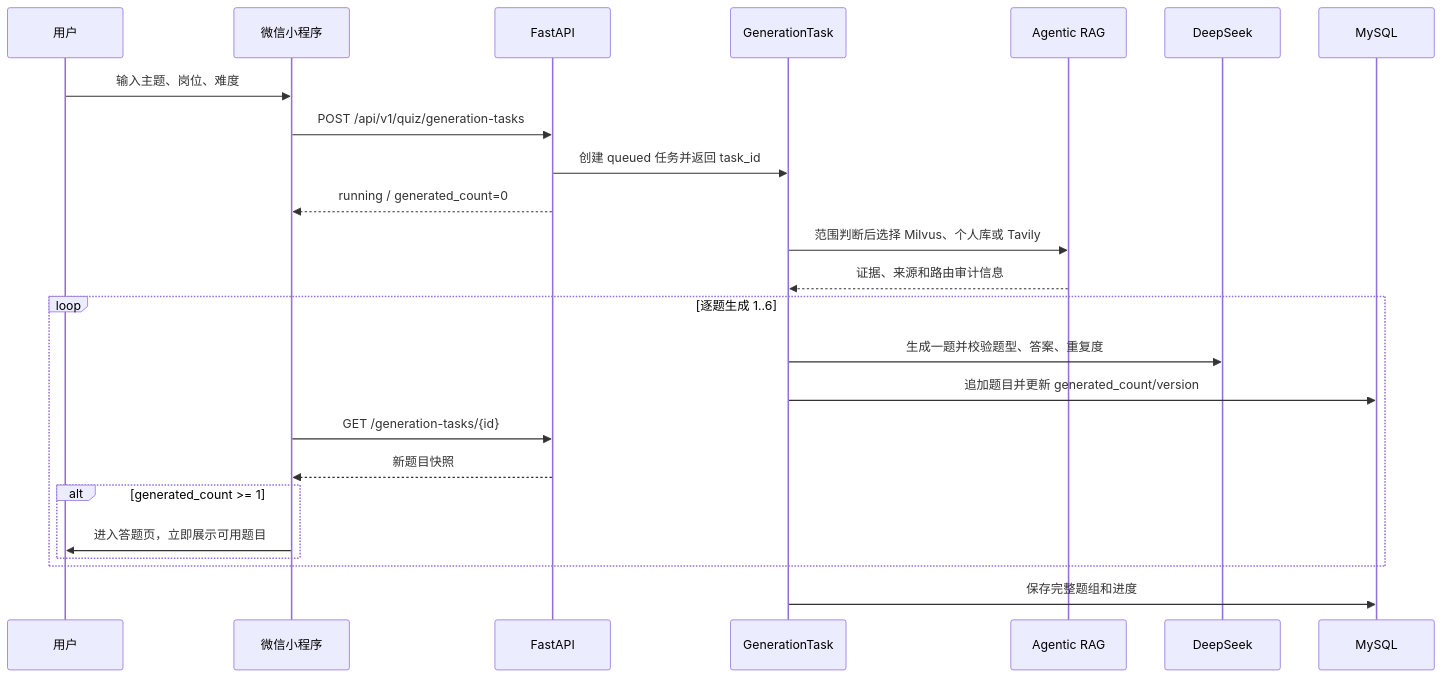
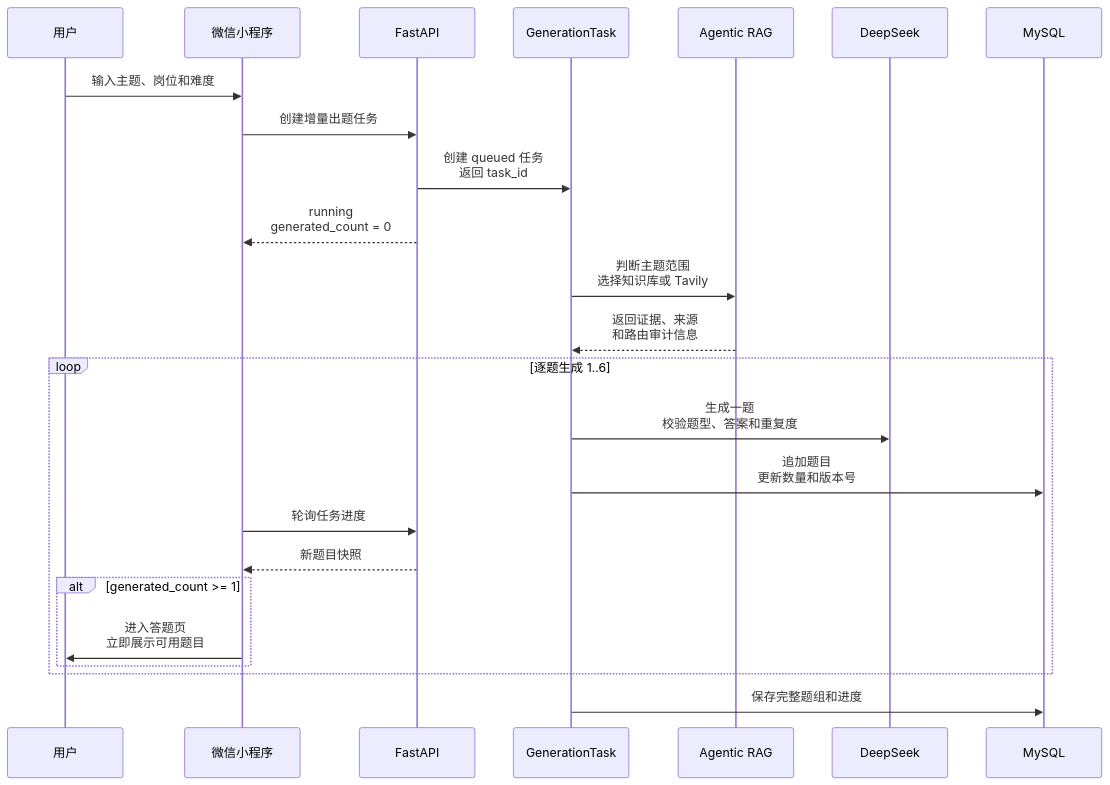
One commit to YXCZS/EasyOffer changed the second of 4 diagrams in README.md. Above: the diagram before and after it, drawn with Mermaid. The commit also changed other lines of this file, not shown here.

First line of the commit message:
优化README流程图展示效果

````diff
--- a/README.md
+++ b/README.md
@@ -110,27 +110,27 @@
 ```mermaid
 sequenceDiagram
     participant U as 用户
     participant W as 微信小程序
     participant A as FastAPI
     participant T as GenerationTask
     participant R as Agentic RAG
     participant M as DeepSeek
     participant DB as MySQL
 
-    U->>W: 输入主题、岗位、难度
-    W->>A: POST /api/v1/quiz/generation-tasks
-    A->>T: 创建 queued 任务并返回 task_id
-    A-->>W: running / generated_count=0
-    T->>R: 范围判断后选择 Milvus、个人库或 Tavily
-    R-->>T: 证据、来源和路由审计信息
+    U->>W: 输入主题、岗位和难度
+    W->>A: 创建增量出题任务
+    A->>T: 创建 queued 任务<br/>返回 task_id
+    A-->>W: running<br/>generated_count = 0
+    T->>R: 判断主题范围<br/>选择知识库或 Tavily
+    R-->>T: 返回证据、来源<br/>和路由审计信息
     loop 逐题生成 1..6
-      T->>M: 生成一题并校验题型、答案、重复度
-      T->>DB: 追加题目并更新 generated_count/version
-      W->>A: GET /generation-tasks/{id}
+      T->>M: 生成一题<br/>校验题型、答案和重复度
+      T->>DB: 追加题目<br/>更新数量和版本号
+      W->>A: 轮询任务进度
       A-->>W: 新题目快照
       alt generated_count >= 1
-        W->>U: 进入答题页，立即展示可用题目
+        W->>U: 进入答题页<br/>立即展示可用题目
       end
     end
     T->>DB: 保存完整题组和进度
 ```
````
